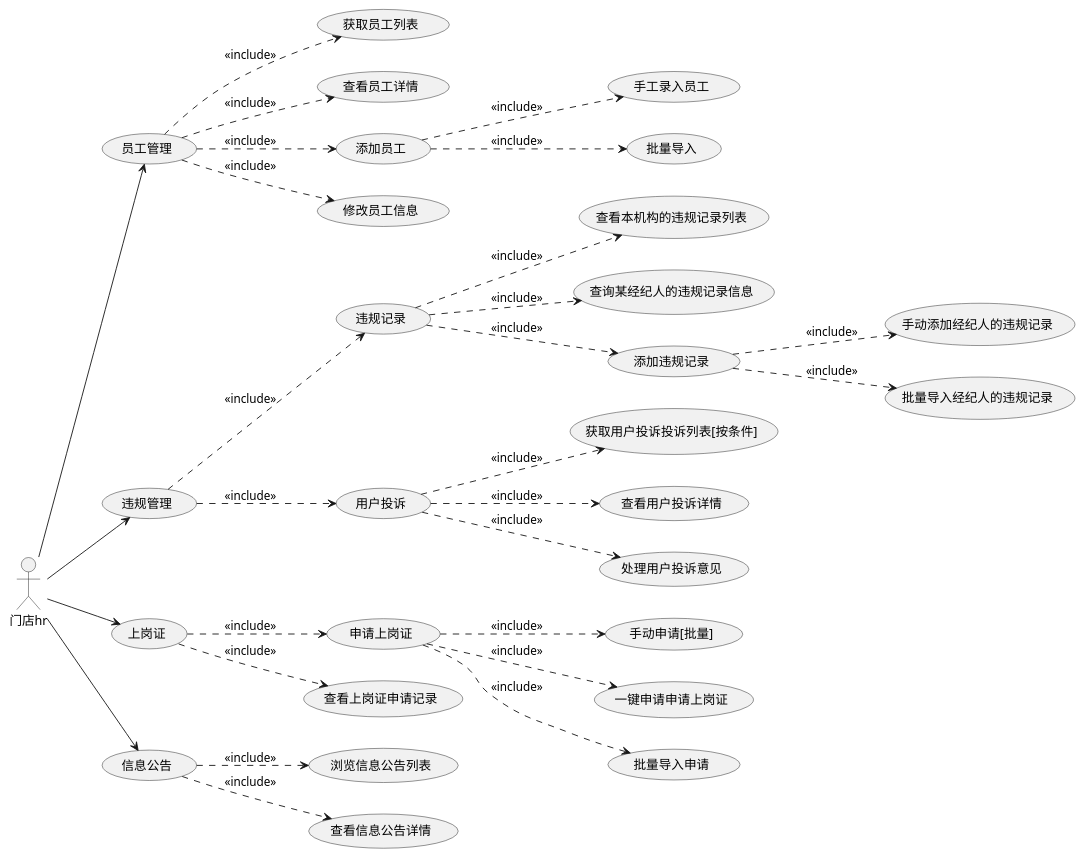
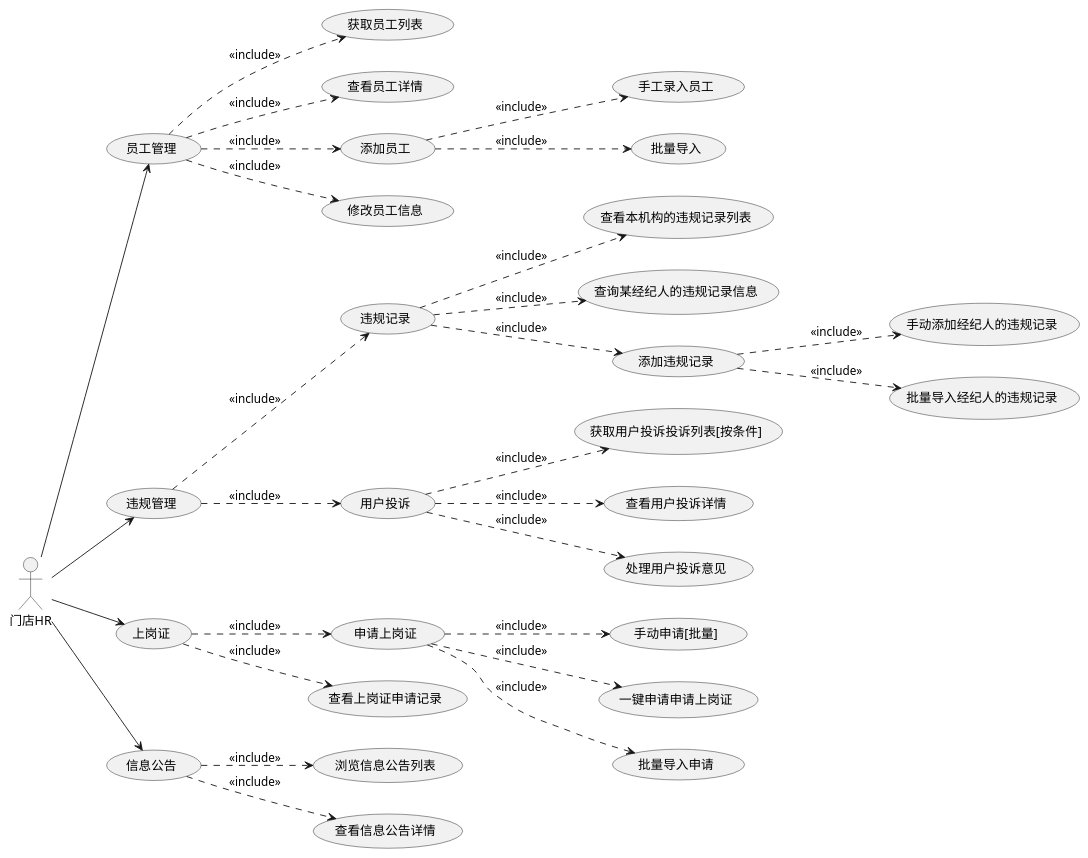
The tenth of 12 diagrams in docs/credit/README.md (evildoerX/hyperledger-credit), drawn with PlantUML before and after one commit. The commit also changed other lines of this file, not shown here.

```diff
--- a/docs/credit/README.md
+++ b/docs/credit/README.md
@@ -360,30 +360,30 @@
 @startuml
 left to right direction
-门店hr --> (员工管理)
+门店HR --> (员工管理)
 (员工管理) ..> (获取员工列表): <<include>>
 (员工管理) ..> (查看员工详情): <<include>>
 (员工管理) ..> (添加员工): <<include>>
 (添加员工) ..> (手工录入员工): <<include>>
 (添加员工) ..> (批量导入): <<include>>
 (员工管理) ..> (修改员工信息): <<include>>
-门店hr --> (违规管理)
+门店HR --> (违规管理)
 (违规管理) ..> (违规记录): <<include>>
 (违规记录) ..> (查看本机构的违规记录列表): <<include>>
 (违规记录) ..> (查询某经纪人的违规记录信息): <<include>>
 (违规记录) ..> (添加违规记录): <<include>>
 (添加违规记录) ..> (手动添加经纪人的违规记录): <<include>>
 (添加违规记录) ..> (批量导入经纪人的违规记录): <<include>>
 (违规管理) ..> (用户投诉): <<include>>
 (用户投诉) ..> (获取用户投诉投诉列表[按条件]): <<include>>
 (用户投诉) ..> (查看用户投诉详情): <<include>>
 (用户投诉) ..> (处理用户投诉意见): <<include>>
-门店hr --> (上岗证)
+门店HR --> (上岗证)
 (上岗证) ..> (申请上岗证): <<include>>
 (申请上岗证) ..> (手动申请[批量]): <<include>>
 (申请上岗证) ..> (一键申请申请上岗证): <<include>>
 (申请上岗证) ..> (批量导入申请): <<include>>
 (上岗证) ..> (查看上岗证申请记录): <<include>>
-门店hr --> (信息公告)
+门店HR --> (信息公告)
 (信息公告) ..> (浏览信息公告列表): <<include>>
 (信息公告) ..> (查看信息公告详情): <<include>>
 @enduml
```
